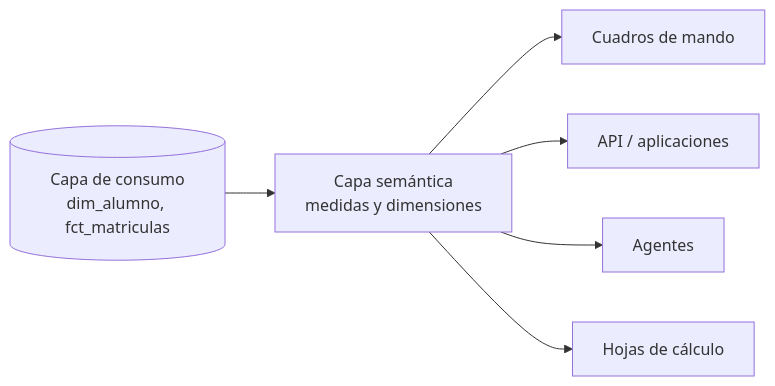
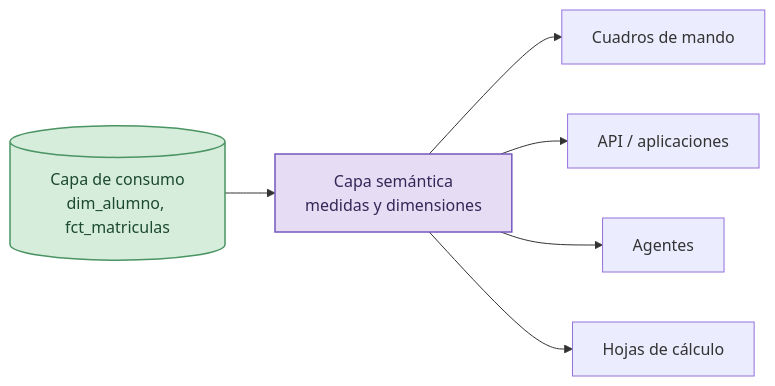
Before and after one commit to IraitzM/ingenieria-datos: the diagram in content/explotacion/semantica.qmd, drawn with Mermaid. The commit also changed other lines of this file and 28 other files, not shown here.

````diff
--- a/content/explotacion/semantica.qmd
+++ b/content/explotacion/semantica.qmd
@@ -85,10 +85,16 @@
 ```{mermaid}
 flowchart LR
     dw[("Capa de consumo<br/>dim_alumno, fct_matriculas")]
     sem["Capa semántica<br/>medidas y dimensiones"]
     dw --> sem
     sem --> bi["Cuadros de mando"]
     sem --> api["API / aplicaciones"]
     sem --> ag["Agentes"]
     sem --> hoja["Hojas de cálculo"]
+
+    %% Paleta por bloque del libro
+    classDef transformacion fill:#d7eddc,stroke:#4a9463,stroke-width:1.5px,color:#1c4a2e
+    classDef explotacion fill:#e6ddf5,stroke:#7457bd,stroke-width:1.5px,color:#332757
+    class dw transformacion
+    class sem explotacion
 ```
````
